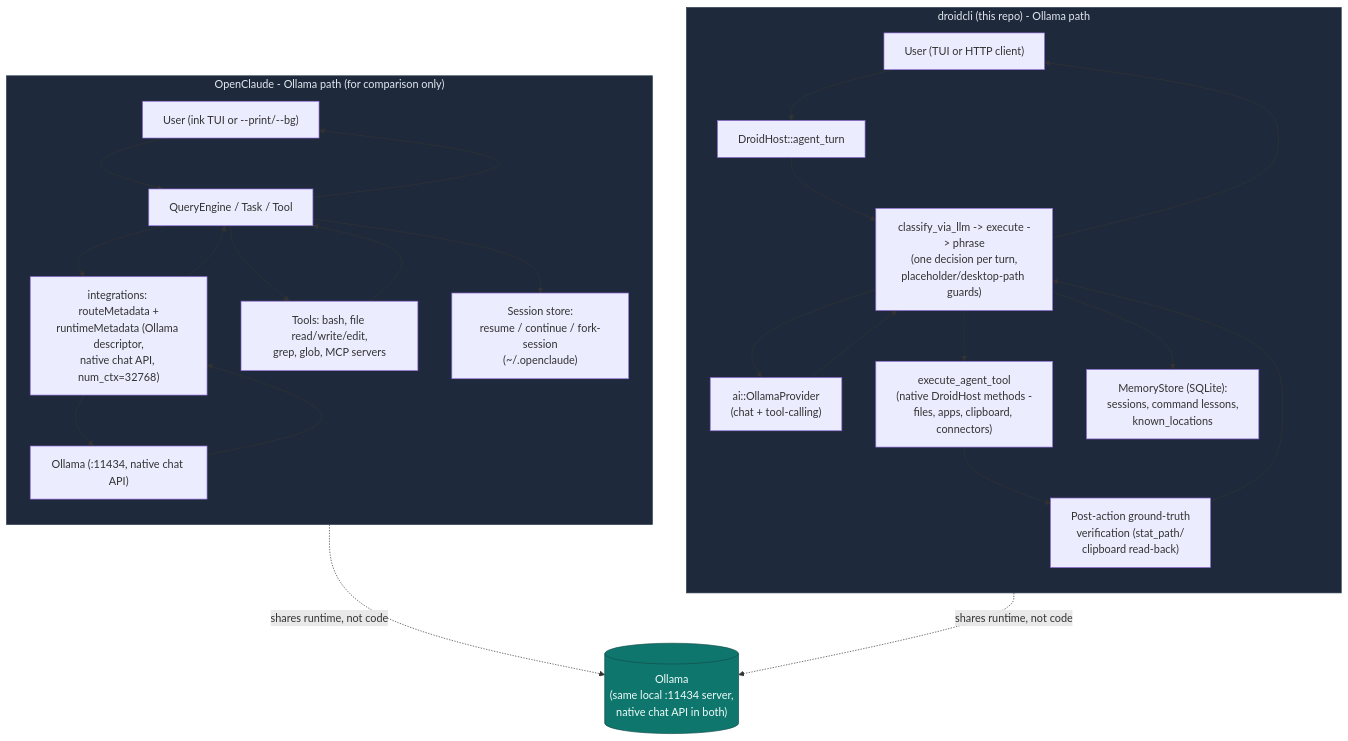
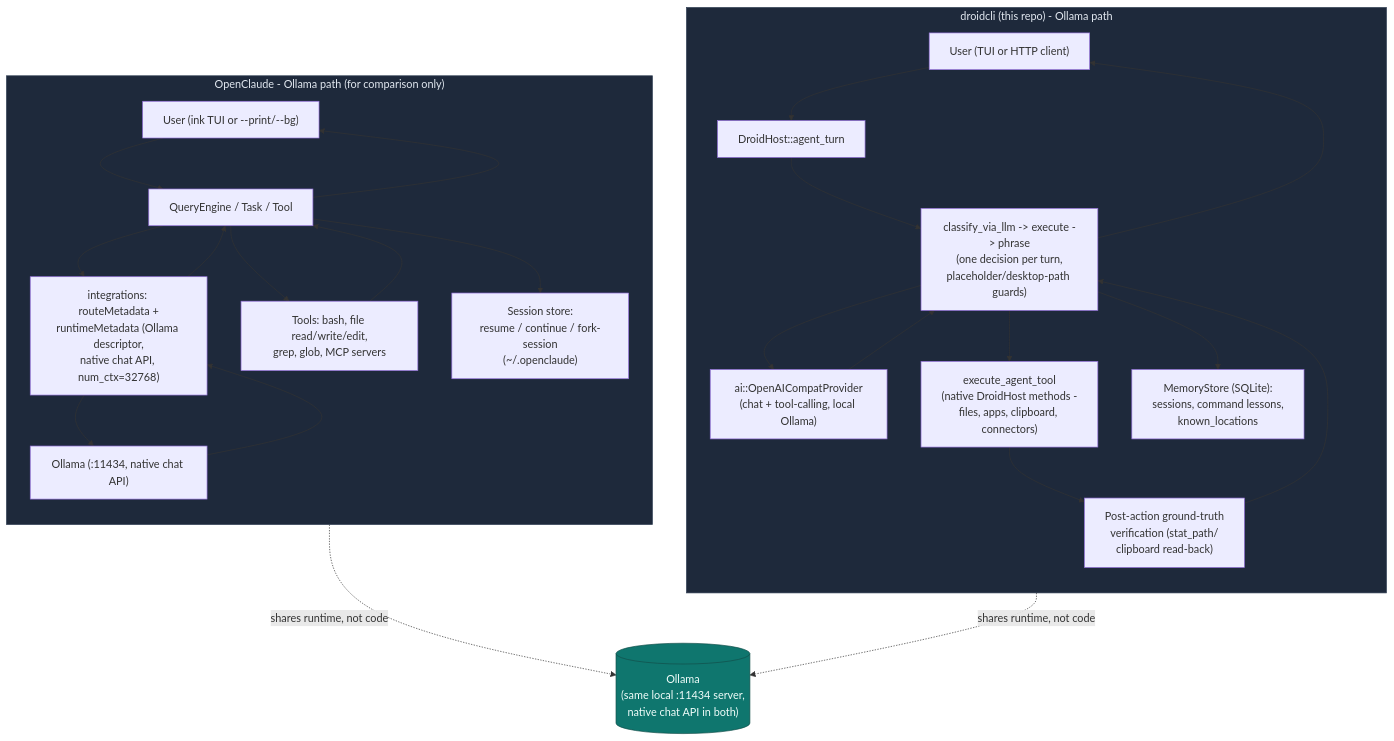
The sixth of 6 diagrams in ARCHITECTURE.md (vecnode/droidcli), drawn with Mermaid before and after one commit. The commit also changed other lines of this file and 28 other files, not shown here.

````diff
--- a/ARCHITECTURE.md
+++ b/ARCHITECTURE.md
@@ -1000,44 +1054,44 @@
 ```mermaid
 flowchart TB
     subgraph droidcli["droidcli (this repo) - Ollama path"]
         direction TB
         DUser["User (TUI or HTTP client)"]
         DHost["DroidHost::agent_turn"]
         DLoop["classify_via_llm -> execute -> phrase\n(one decision per turn,\nplaceholder/desktop-path guards)"]
-        DOllama["ai::OllamaProvider\n(chat + tool-calling)"]
+        DOllama["ai::OpenAICompatProvider\n(chat + tool-calling, local Ollama)"]
         DTools["execute_agent_tool\n(native DroidHost methods -\nfiles, apps, clipboard, connectors)"]
         DVerify["Post-action ground-truth\nverification (stat_path/\nclipboard read-back)"]
         DMem["MemoryStore (SQLite):\nsessions, command lessons,\nknown_locations"]
 
         DUser --> DHost --> DLoop
         DLoop --> DOllama
         DOllama --> DLoop
         DLoop --> DTools --> DVerify --> DLoop
         DLoop --> DMem
         DLoop --> DUser
     end
 
     subgraph openclaude["OpenClaude - Ollama path (for comparison only)"]
         direction TB
         OUser["User (ink TUI or --print/--bg)"]
         OQuery["QueryEngine / Task / Tool"]
         ORoute["integrations: routeMetadata +\nruntimeMetadata (Ollama descriptor,\nnative chat API, num_ctx=32768)"]
         OOllama["Ollama (:11434, native chat API)"]
         OTools["Tools: bash, file read/write/edit,\ngrep, glob, MCP servers"]
         OSession["Session store:\nresume / continue / fork-session\n(~/.openclaude)"]
 
         OUser --> OQuery
         OQuery --> ORoute --> OOllama --> ORoute --> OQuery
         OQuery --> OTools --> OQuery
         OQuery --> OSession
         OQuery --> OUser
     end
 
     OllamaShared[("Ollama\n(same local :11434 server,\nnative chat API in both)")]
     DOllama -.shares runtime, not code.-> OllamaShared
     OOllama -.shares runtime, not code.-> OllamaShared
 
     style droidcli fill:#1e293b,color:#e2e8f0,stroke:#334155
     style openclaude fill:#1e293b,color:#e2e8f0,stroke:#334155
     style OllamaShared fill:#0f766e,color:#f0fdfa,stroke:#134e4a
 ```
````
